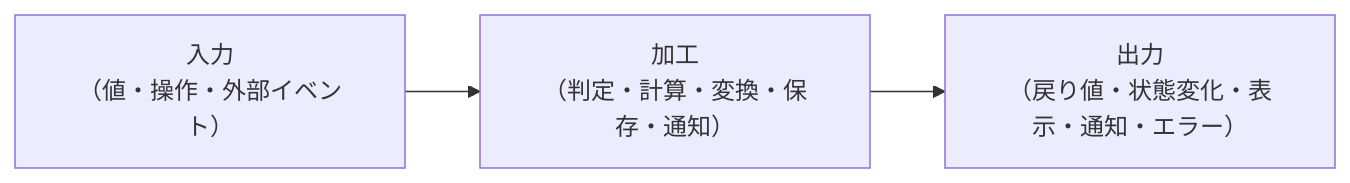
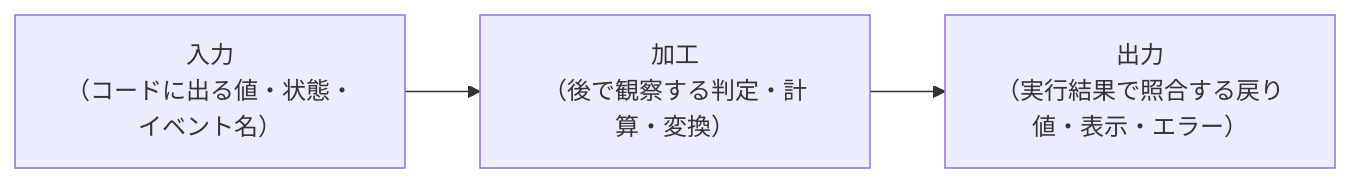
The diagram in kindle/design-patterns/templates/chapter-template.md (kumachan1101-pixel/DesignPattern), drawn with Mermaid before and after one commit. The commit also changed other lines of this file and 17 other files, not shown here.

Commit message:
fix: 仕様図を後続要素と対応づける

````diff
--- a/kindle/design-patterns/templates/chapter-template.md
+++ b/kindle/design-patterns/templates/chapter-template.md
@@ -160,7 +161,7 @@
 ```mermaid
 flowchart LR
-    I["入力<br>（値・操作・外部イベント）"]
-    P["加工<br>（判定・計算・変換・保存・通知）"]
-    O["出力<br>（戻り値・状態変化・表示・通知・エラー）"]
+    I["入力<br>（コードに出る値・状態・イベント名）"]
+    P["加工<br>（後で観察する判定・計算・変換）"]
+    O["出力<br>（実行結果で照合する戻り値・表示・エラー）"]
     I --> P --> O
 ```
````
